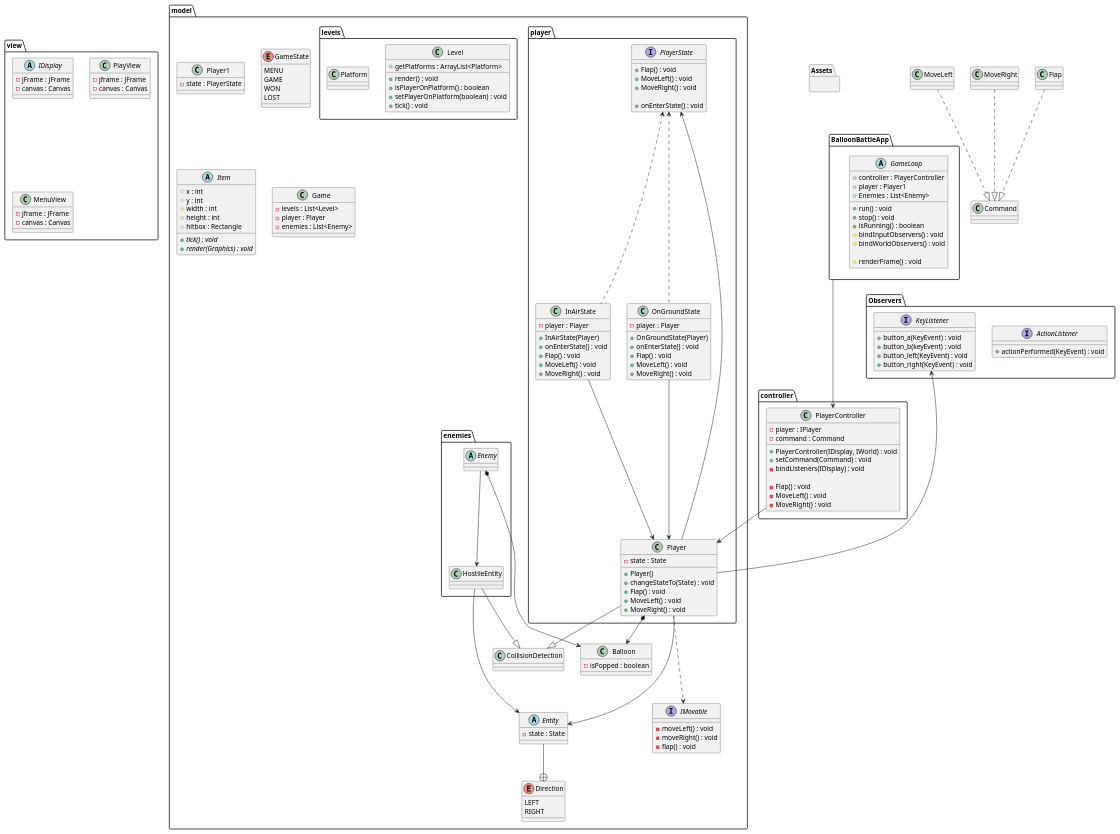
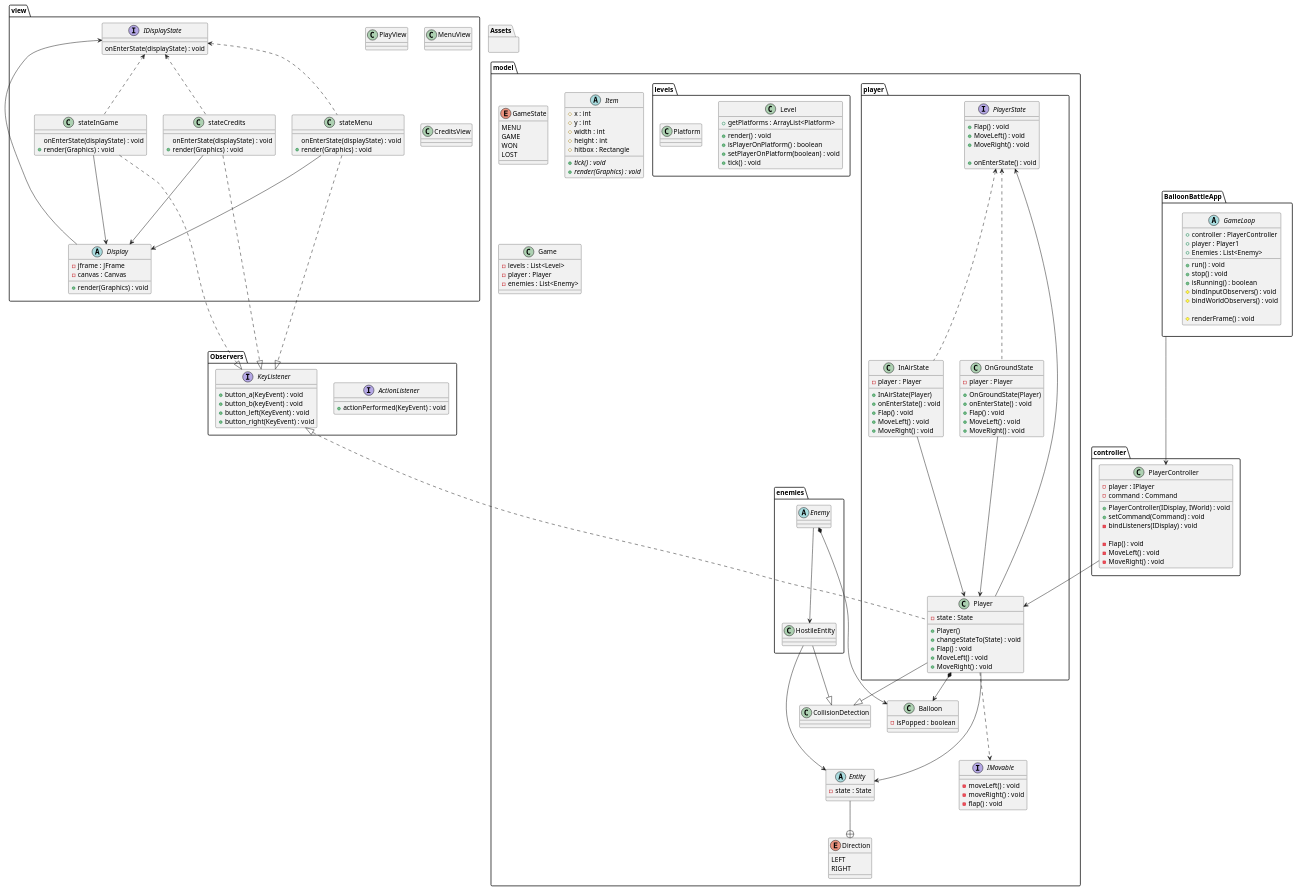
One commit to carl-stewart/balloon-battle changed the diagram in doc/3-UML.puml. Above: the diagram before and after it, drawn with PlantUML.

```diff
--- a/doc/3-UML.puml
+++ b/doc/3-UML.puml
@@ -23,21 +23,43 @@
 
 package view {
 
-    interface IDisplay {}
+    interface IDisplayState {
+        onEnterState(displayState) : void
+
+    }
+
+    class stateMenu {
+        onEnterState(displayState) : void
+        + render(Graphics) : void
+    }
+
+    class stateInGame {
+        onEnterState(displayState) : void
+        + render(Graphics) : void
+
+    }
+
+    class stateCredits {
+        onEnterState(displayState) : void
+        + render(Graphics) : void
+
+    }
+
+    abstract Display {
+        - jframe : JFrame
+        - canvas : Canvas
+        + render(Graphics) : void
+    }
 
     class PlayView {
-        - jframe : JFrame
-        - canvas : Canvas
+
     }
 
     class MenuView {
-        - jframe : JFrame
-        - canvas : Canvas
     }
 
-    abstract IDisplay {
-        - jFrame : JFrame
-        - canvas : Canvas
+    class CreditsView {
+
     }
 
 }
@@ -121,10 +143,6 @@
     }
 
 
-    class Player1 {
-        -state : PlayerState
-    }
-
     package enemies {
 
         abstract Enemy {}
@@ -199,11 +217,6 @@
 
 Entity --+ Direction
 
-Flap ..|> Command
-MoveLeft ..|> Command
-MoveRight ..|> Command
-
-
 InAirState ---> Player
 OnGroundState ---> Player
 
@@ -216,7 +229,7 @@
 Player ---> Entity
 PlayerState <-- Player
 
-KeyListener <--- Player
+KeyListener <|... Player
 
 PlayerState <... InAirState
 PlayerState <... OnGroundState
@@ -224,6 +237,16 @@
 Enemy --> HostileEntity
 HostileEntity ---> Entity
 
+IDisplayState <--- Display
+IDisplayState <.. stateMenu
+IDisplayState <.. stateCredits
+IDisplayState <.. stateInGame
+stateInGame --> Display
+stateCredits --> Display
+stateMenu --> Display
+stateMenu ..-|> KeyListener
+stateCredits ...|> KeyListener
+stateInGame ...|> KeyListener
 
 
 @enduml
```
